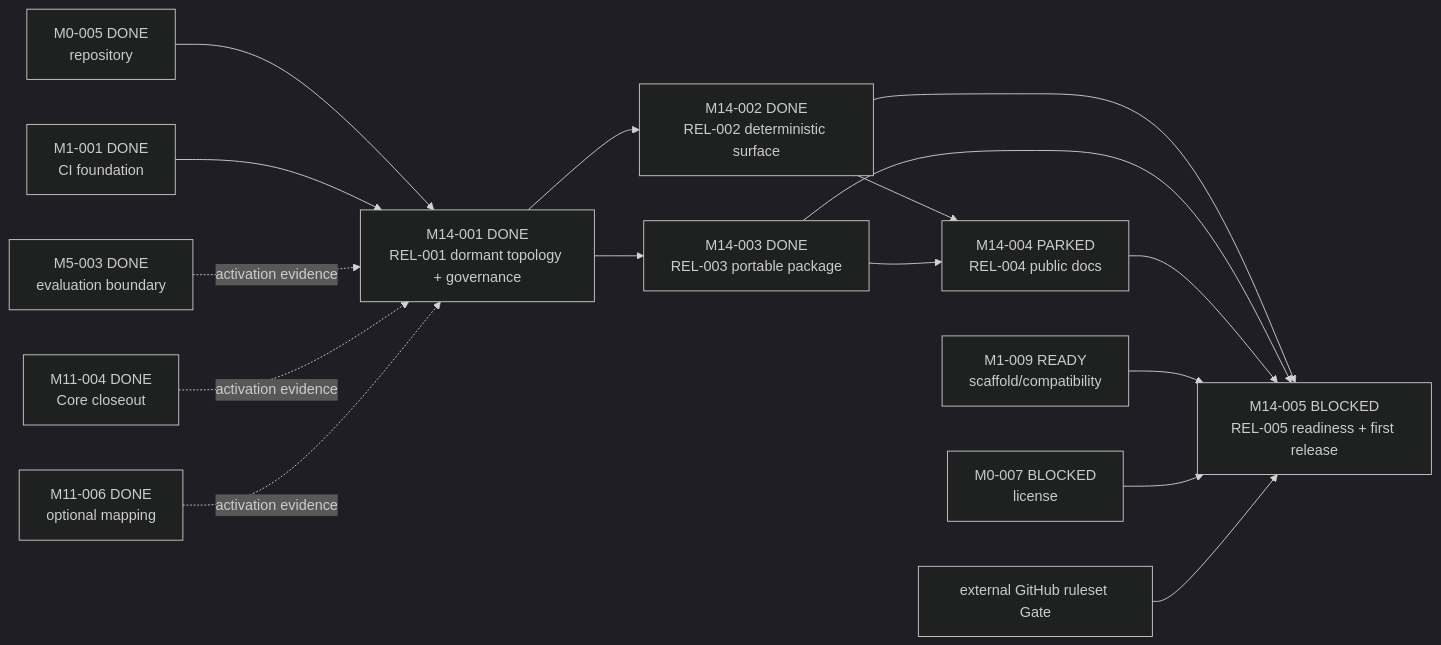
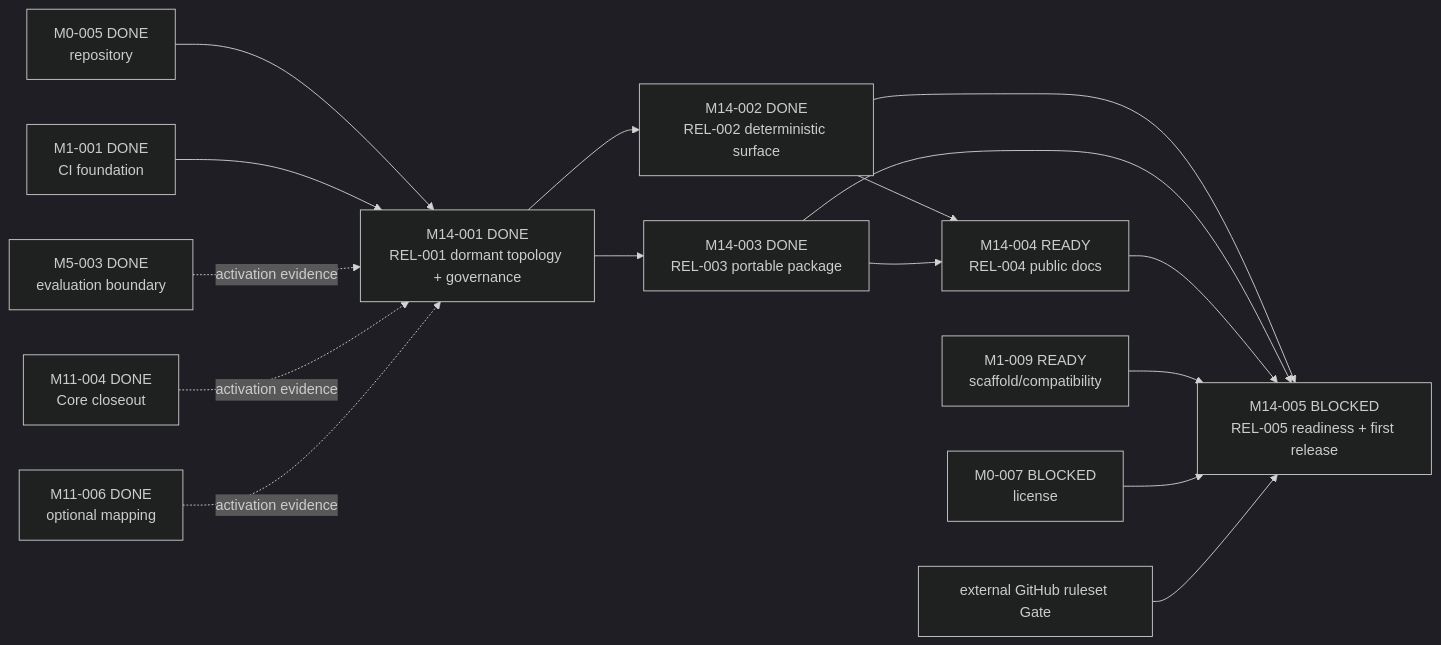
One commit to Chengyue-Lu/research-agent-workbench changed the diagram in docs/workstreams/chengyue-lu/M14-CURATED-RELEASE/README.md. Above: the diagram before and after it, drawn with Mermaid (dark theme). The commit also changed other lines of this file and 17 other files, not shown here.

````diff
--- a/docs/workstreams/chengyue-lu/M14-CURATED-RELEASE/README.md
+++ b/docs/workstreams/chengyue-lu/M14-CURATED-RELEASE/README.md
@@ -38,18 +38,18 @@
 ```mermaid
 flowchart LR
     M0005["M0-005 DONE<br/>repository"] --> M14001["M14-001 DONE<br/>REL-001 dormant topology + governance"]
     M1001["M1-001 DONE<br/>CI foundation"] --> M14001
     M5003["M5-003 DONE<br/>evaluation boundary"] -. "activation evidence" .-> M14001
     M1104["M11-004 DONE<br/>Core closeout"] -. "activation evidence" .-> M14001
     M1106["M11-006 DONE<br/>optional mapping"] -. "activation evidence" .-> M14001
     M14001 --> M14002["M14-002 DONE<br/>REL-002 deterministic surface"]
     M14001 --> M14003["M14-003 DONE<br/>REL-003 portable package"]
-    M14002 --> M14004["M14-004 PARKED<br/>REL-004 public docs"]
+    M14002 --> M14004["M14-004 READY<br/>REL-004 public docs"]
     M14003 --> M14004
     M14002 --> M14005["M14-005 BLOCKED<br/>REL-005 readiness + first release"]
     M14003 --> M14005
     M14004 --> M14005
     M1009["M1-009 READY<br/>scaffold/compatibility"] --> M14005
     M0007["M0-007 BLOCKED<br/>license"] --> M14005
     Remote["external GitHub ruleset Gate"] --> M14005
 ```
````
